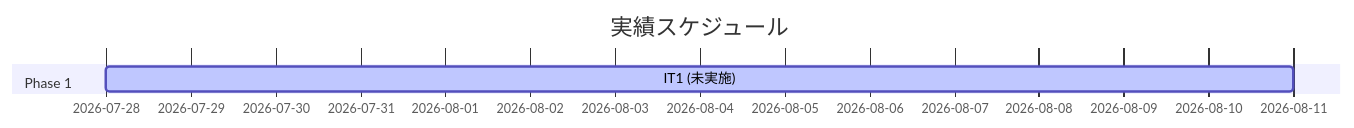
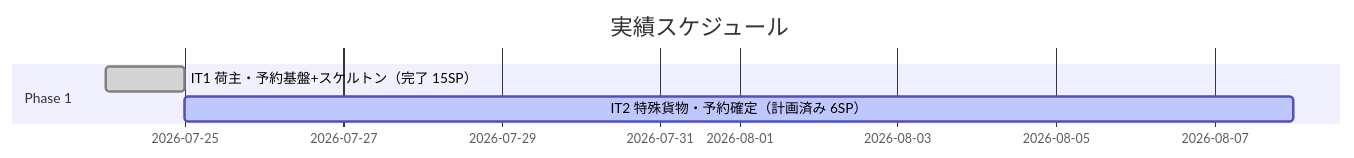
The second of 3 diagrams in docs/development/release_plan.md (k2works/case-study-cargo-tracker), drawn with Mermaid before and after one commit. The commit also changed other lines of this file and 1 other file, not shown here.

Commit message:
docs(development): 実績スケジュールを是正 - IT1 完了・IT2 計画済みを反映
tracking-progress --update により進捗ドキュメントを現況に同期。

- release_plan.md 実績ガント: IT1「未実施」→ 完了（2026-07-24・15SP）、
  IT2 を計画済み（active）として追加
- release_plan.md 進捗状況: IT2 状態を未着手 → 計画済み
- index.md 進捗サマリー/フェーズ進捗: IT1 実績 15SP・累計を反映

````diff
--- a/docs/development/release_plan.md
+++ b/docs/development/release_plan.md
@@ -167,9 +167,10 @@
 ```mermaid
 gantt
     title 実績スケジュール
     dateFormat  YYYY-MM-DD
     section Phase 1
-    IT1 (未実施)                     :active, a1, 2026-07-28, 14d
+    IT1 荷主・予約基盤+スケルトン（完了 15SP） :done, a1, 2026-07-24, 1d
+    IT2 特殊貨物・予約確定（計画済み 6SP）     :active, a2, 2026-07-25, 14d
     section Phase 2
     section Phase 3
 ```
````
